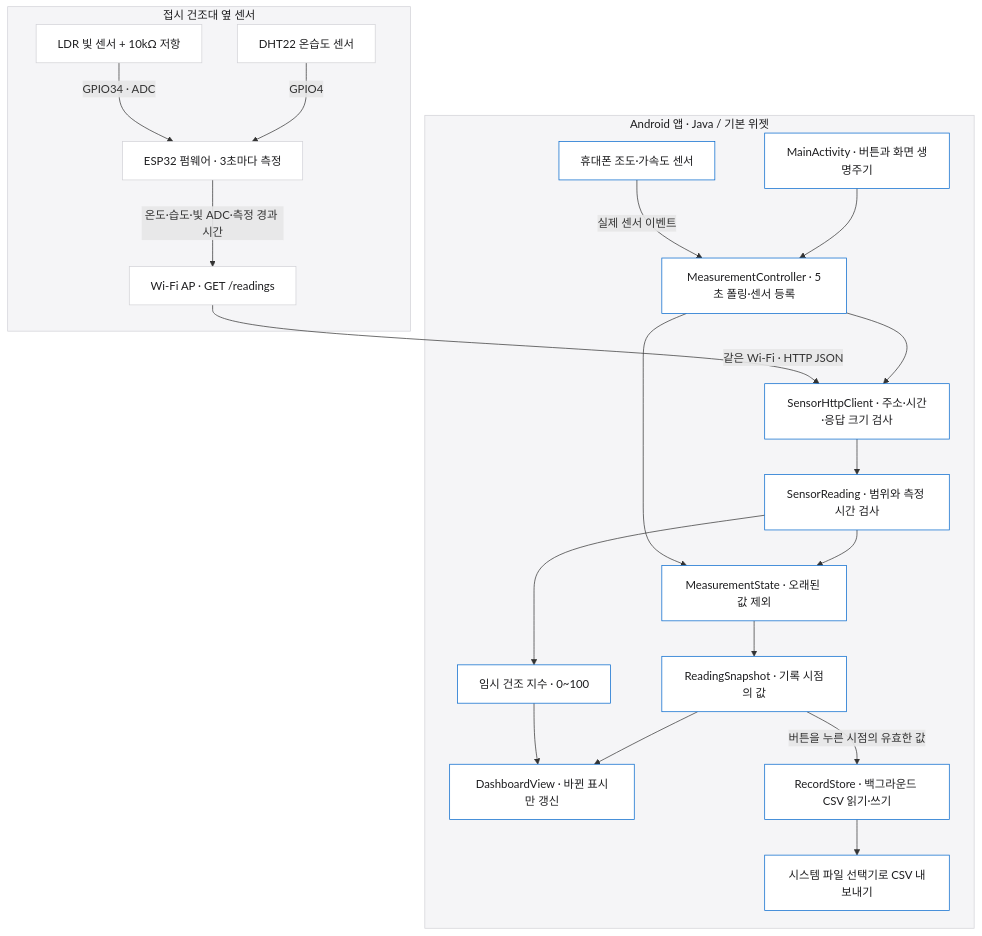
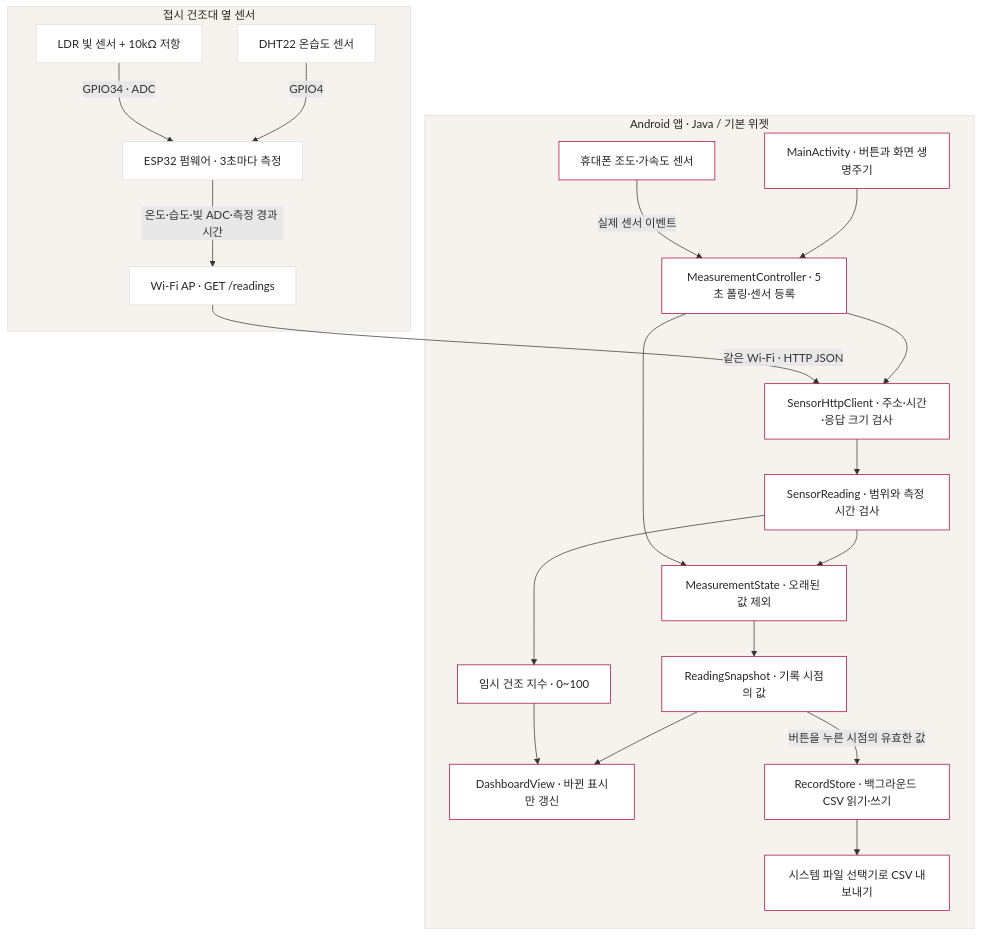
The diagram in README.md (unknownamed/lgax-kitchen-sensor-android), drawn with Mermaid before and after one commit. The commit also changed other lines of this file and 3 other files, not shown here.

Commit message:
docs: clarify sensor wiring and match diagram colors

````diff
--- a/README.md
+++ b/README.md
@@ -43,46 +43,46 @@
 ```mermaid
 flowchart TD
     subgraph rack["접시 건조대 옆 센서"]
         DHT["DHT22 온습도 센서"]
         LDR["LDR 빛 센서 + 10kΩ 저항"]
         ESP["ESP32 펌웨어 · 3초마다 측정"]
         API["Wi-Fi AP · GET /readings"]
         DHT -->|GPIO4| ESP
         LDR -->|GPIO34 · ADC| ESP
         ESP -->|"온도·습도·빛 ADC·측정 경과 시간"| API
     end
 
     subgraph phone["Android 앱 · Java / 기본 위젯"]
         MAIN["MainActivity · 버튼과 화면 생명주기"]
         CONTROL["MeasurementController · 5초 폴링·센서 등록"]
         HTTP["SensorHttpClient · 주소·시간·응답 크기 검사"]
         PARSE["SensorReading · 범위와 측정 시간 검사"]
         STATE["MeasurementState · 오래된 값 제외"]
         SNAP["ReadingSnapshot · 기록 시점의 값"]
         SCREEN["DashboardView · 바뀐 표시만 갱신"]
         INDEX["임시 건조 지수 · 0~100"]
         PHONE["휴대폰 조도·가속도 센서"]
         FILE["RecordStore · 백그라운드 CSV 읽기·쓰기"]
         EXPORT["시스템 파일 선택기로 CSV 내보내기"]
         MAIN --> CONTROL
         CONTROL --> HTTP
         HTTP --> PARSE
         PARSE --> STATE
         STATE --> SNAP
         SNAP --> SCREEN
         PARSE --> INDEX
         INDEX --> SCREEN
         PHONE -->|"실제 센서 이벤트"| CONTROL
         CONTROL --> STATE
         SNAP -->|"버튼을 누른 시점의 유효한 값"| FILE
         FILE --> EXPORT
     end
 
     API -->|"같은 Wi-Fi · HTTP JSON"| HTTP
-    classDef device fill:#ffffff,stroke:#d2d2d7,color:#1d1d1f
-    classDef app fill:#ffffff,stroke:#0066cc,color:#1d1d1f
+    classDef device fill:#ffffff,stroke:#e2dcd6,color:#262626
+    classDef app fill:#ffffff,stroke:#a50034,color:#262626
     class DHT,LDR,ESP,API device
     class MAIN,CONTROL,HTTP,PARSE,STATE,SNAP,SCREEN,INDEX,PHONE,FILE,EXPORT app
-    style rack fill:#f5f5f7,stroke:#d2d2d7,color:#1d1d1f
-    style phone fill:#f5f5f7,stroke:#d2d2d7,color:#1d1d1f
+    style rack fill:#f6f3ef,stroke:#e2dcd6,color:#262626
+    style phone fill:#f6f3ef,stroke:#e2dcd6,color:#262626
 ```
````
